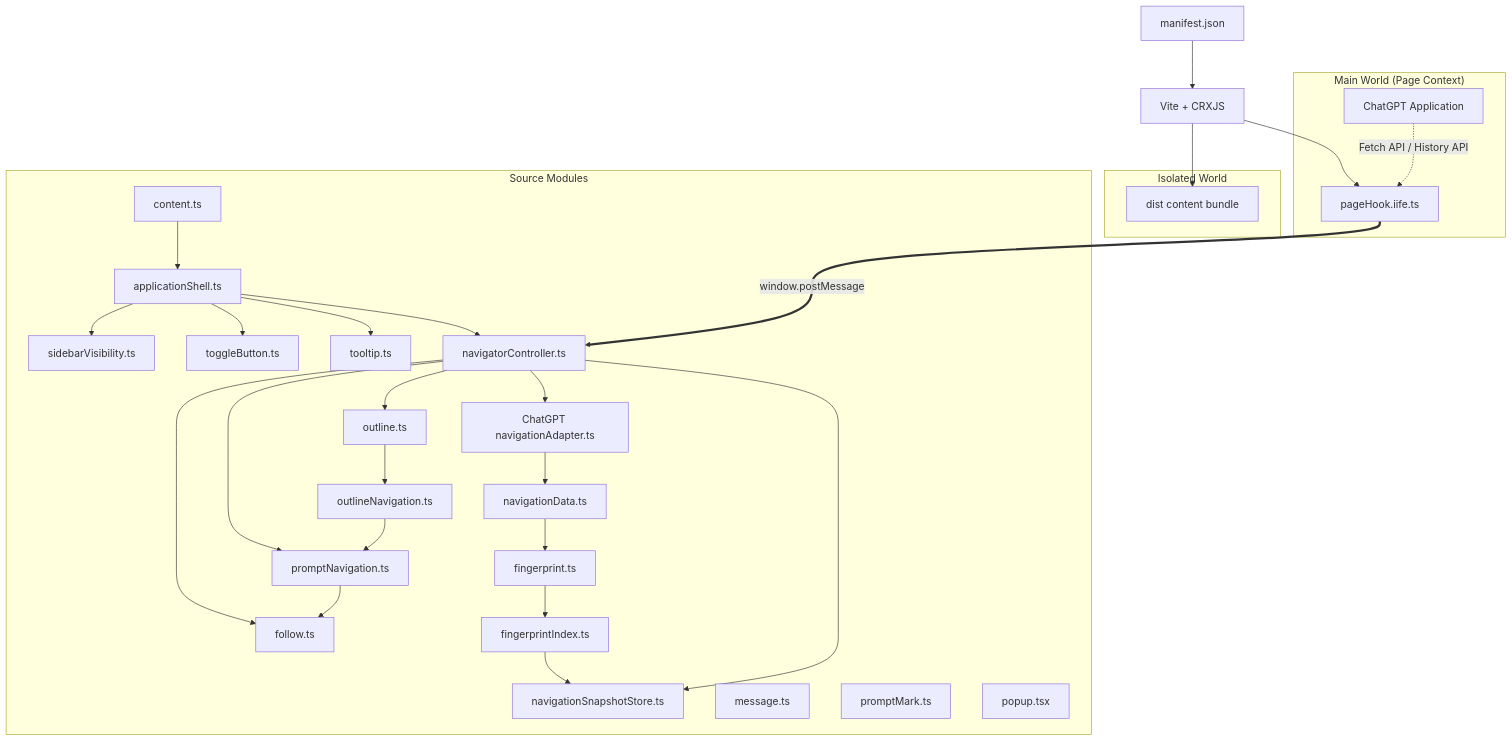
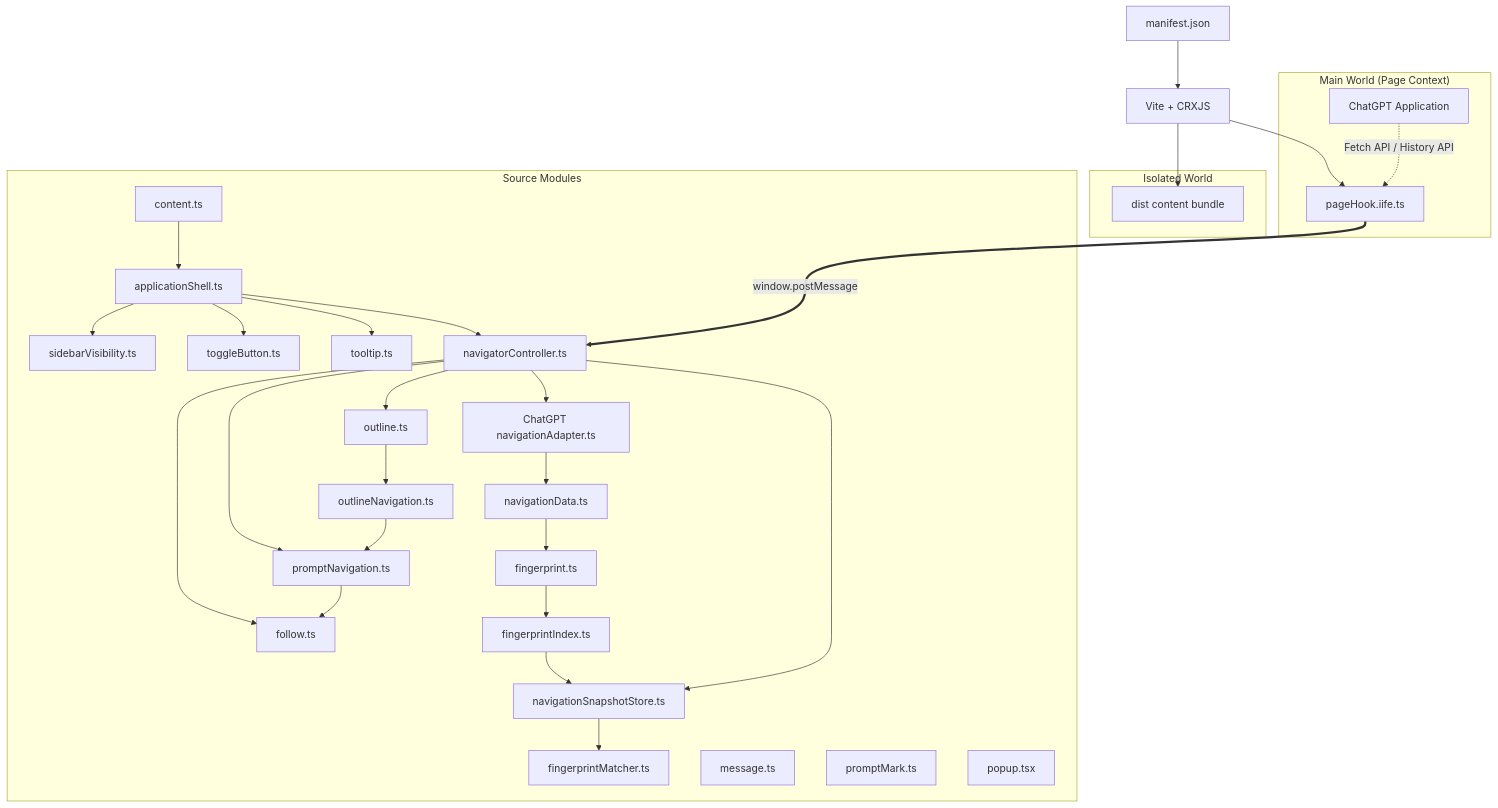
The diagram in docs/ARCHITECTURE.md (Leo7805/luna-toc), drawn with Mermaid before and after one commit. The commit also changed other lines of this file and 5 other files, not shown here.

````diff
--- a/docs/ARCHITECTURE.md
+++ b/docs/ARCHITECTURE.md
@@ -15,58 +15,60 @@
 ```mermaid
 graph TD
     manifest[manifest.json]
     vite[Vite + CRXJS]
 
     subgraph sourceModules["Source Modules"]
         content[content.ts]
         outline[outline.ts]
         outlineNavigation[outlineNavigation.ts]
         follow[follow.ts]
         promptNavigation[promptNavigation.ts]
         navigationData[navigationData.ts]
         fingerprint[fingerprint.ts]
         fingerprintIndex[fingerprintIndex.ts]
+        fingerprintMatcher[fingerprintMatcher.ts]
         snapshotStore[navigationSnapshotStore.ts]
         chatGptAdapter[ChatGPT navigationAdapter.ts]
         msg[message.ts]
         mark[promptMark.ts]
         vis[sidebarVisibility.ts]
         btn[toggleButton.ts]
         tip[tooltip.ts]
         navigator[navigatorController.ts]
         shell[applicationShell.ts]
         popup[popup.tsx]
     end
 
     subgraph isolatedWorld["Isolated World"]
         contentBundle[dist content bundle]
     end
 
     subgraph mainWorld["Main World (Page Context)"]
         hook[pageHook.iife.ts]
         chatgpt[ChatGPT Application]
     end
 
     manifest --> vite
     content --> shell
     shell --> navigator
     shell --> vis
     shell --> btn
     shell --> tip
     navigator --> outline
     navigator --> promptNavigation
     chatGptAdapter --> navigationData
     navigationData --> fingerprint
     fingerprint --> fingerprintIndex
     fingerprintIndex --> snapshotStore
+    snapshotStore --> fingerprintMatcher
     navigator --> snapshotStore
     navigator --> chatGptAdapter
     navigator --> follow
     outline --> outlineNavigation
     outlineNavigation --> promptNavigation
     promptNavigation --> follow
     vite --> contentBundle
     vite --> hook
     hook ===>|window.postMessage| navigator
     chatgpt -.->|Fetch API / History API| hook
 ```
````
